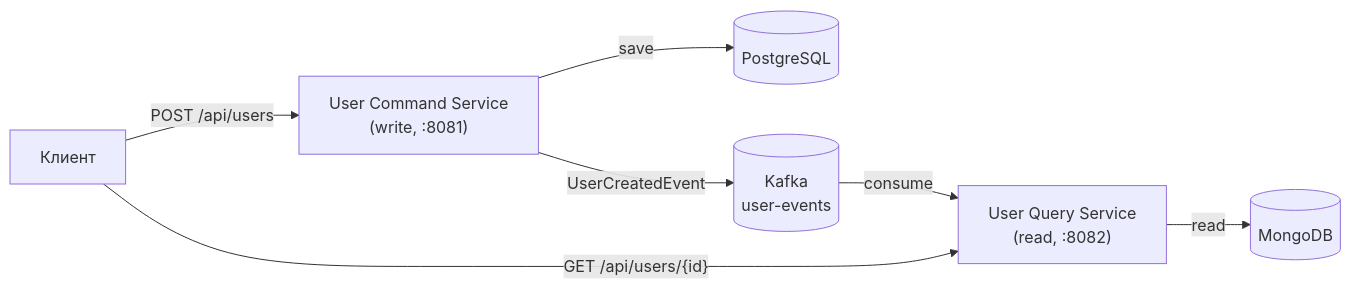
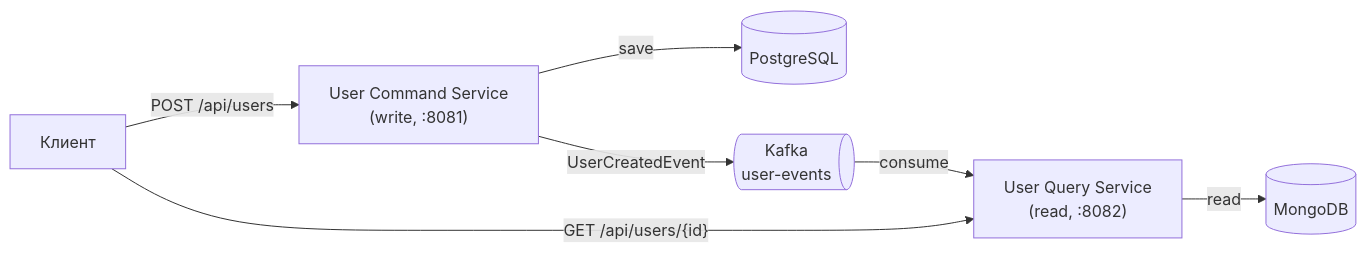
One commit to kuzminal/CQRS-Spring-UserService changed the diagram in ReadMe.md. Above: the diagram before and after it, drawn with Mermaid.

Commit message:
Обновил ReadMe

````diff
--- a/ReadMe.md
+++ b/ReadMe.md
@@ -28,10 +28,10 @@
 ```mermaid
 flowchart LR
     Client["Клиент"] -->|"POST /api/users"| Cmd["User Command Service<br/>(write, :8081)"]
     Client -->|"GET /api/users/{id}"| Qry["User Query Service<br/>(read, :8082)"]
 
     Cmd -->|"save"| PG[("PostgreSQL")]
-    Cmd -->|"UserCreatedEvent"| KF[("Kafka<br/>user-events")]
+    Cmd -->|"UserCreatedEvent"| KF@{ shape: das, label: "Kafka<br/>user-events" }
     KF -->|"consume"| Qry
     Qry -->|"read"| MG[("MongoDB")]
 ```
````
